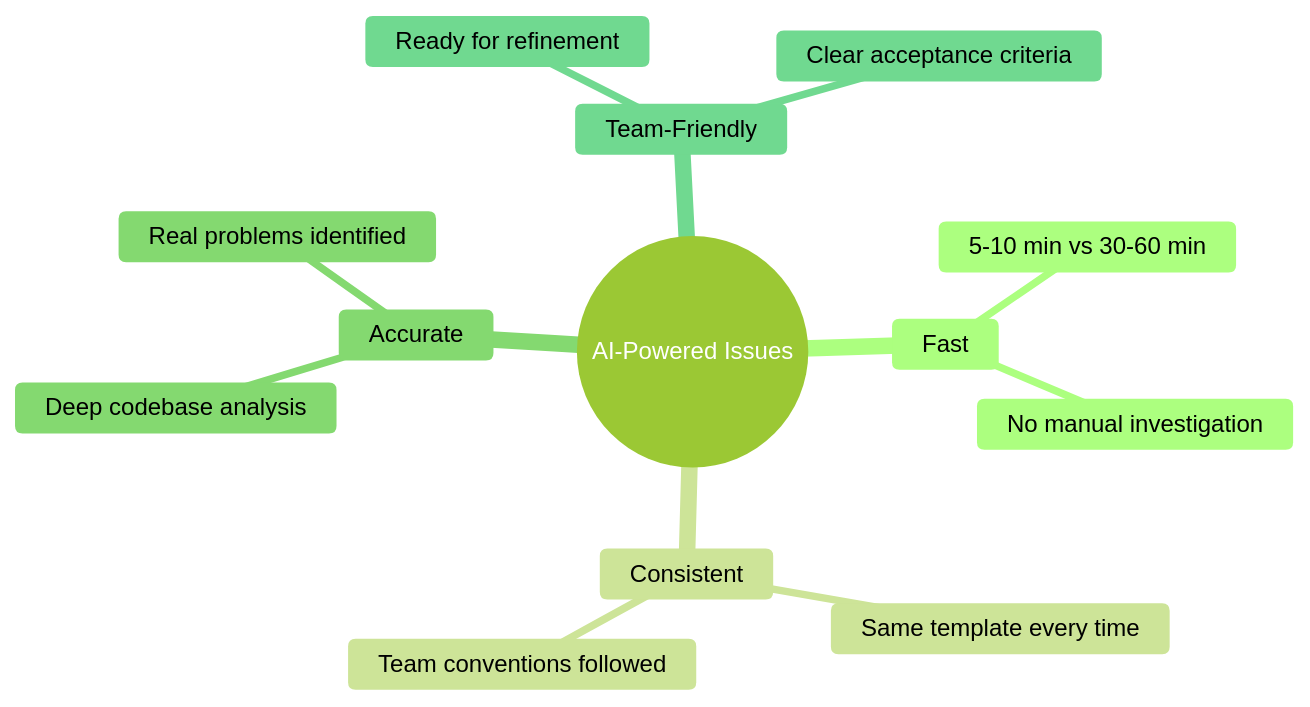
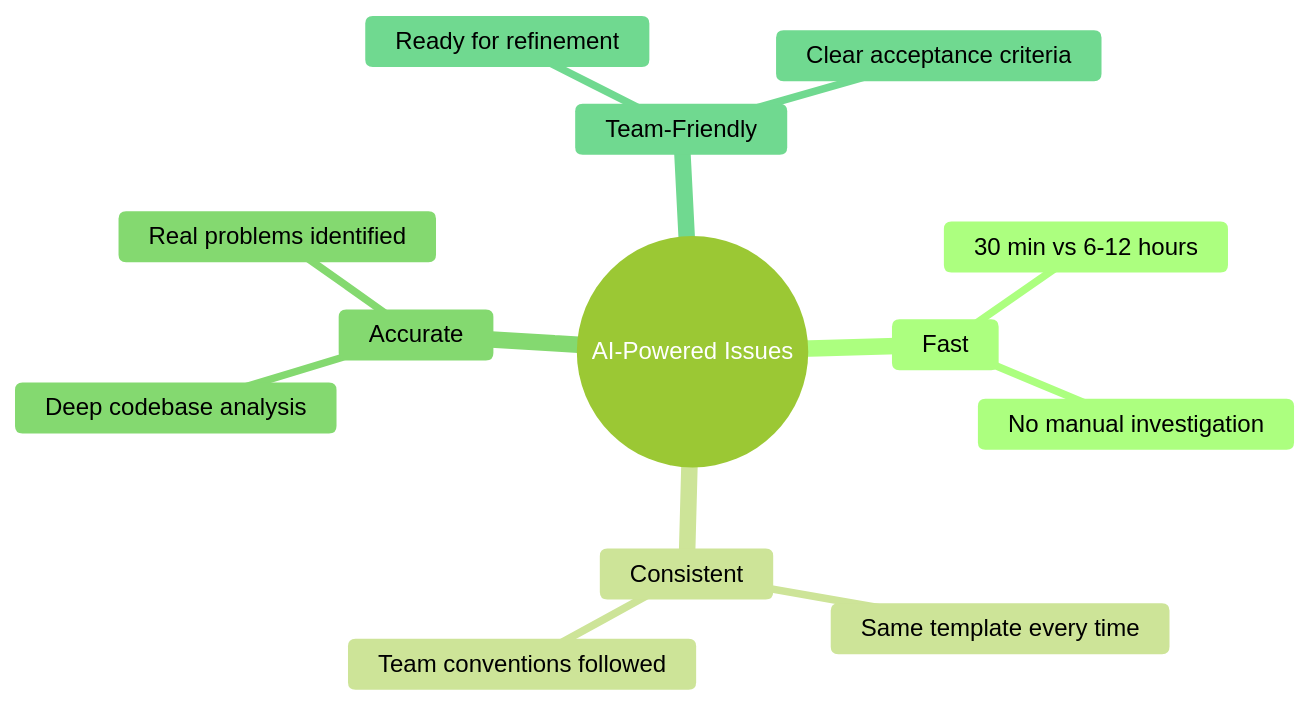
The second of 2 diagrams in _posts/2026-01-09-ai-powered-github-issues-with-copilot-and-claude-opus.md (devantler/devantler), drawn with Mermaid (forest theme) before and after one commit. The commit also changed other lines of this file, not shown here.

````diff
--- a/_posts/2026-01-09-ai-powered-github-issues-with-copilot-and-claude-opus.md
+++ b/_posts/2026-01-09-ai-powered-github-issues-with-copilot-and-claude-opus.md
@@ -398,16 +398,16 @@
 ```mermaid
 mindmap
   root((AI-Powered Issues))
     Fast
-      5-10 min vs 30-60 min
+      30 min vs 6-12 hours
       No manual investigation
     Consistent
       Same template every time
       Team conventions followed
     Accurate
       Deep codebase analysis
       Real problems identified
     Team-Friendly
       Ready for refinement
       Clear acceptance criteria
 ```
````
